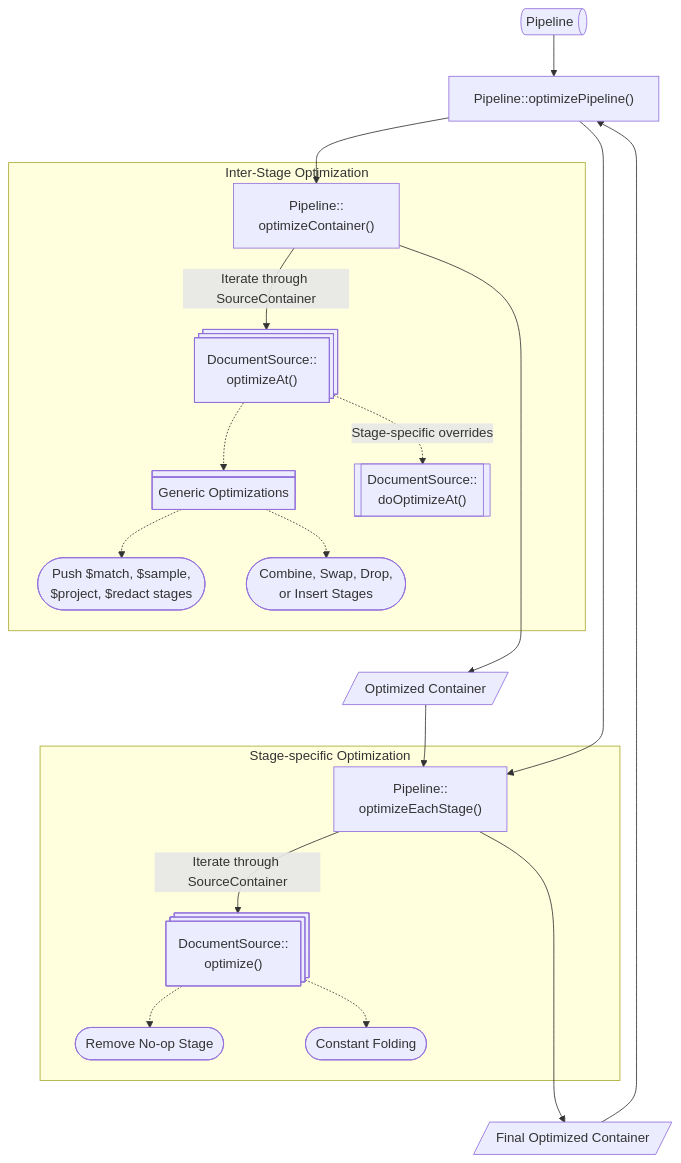
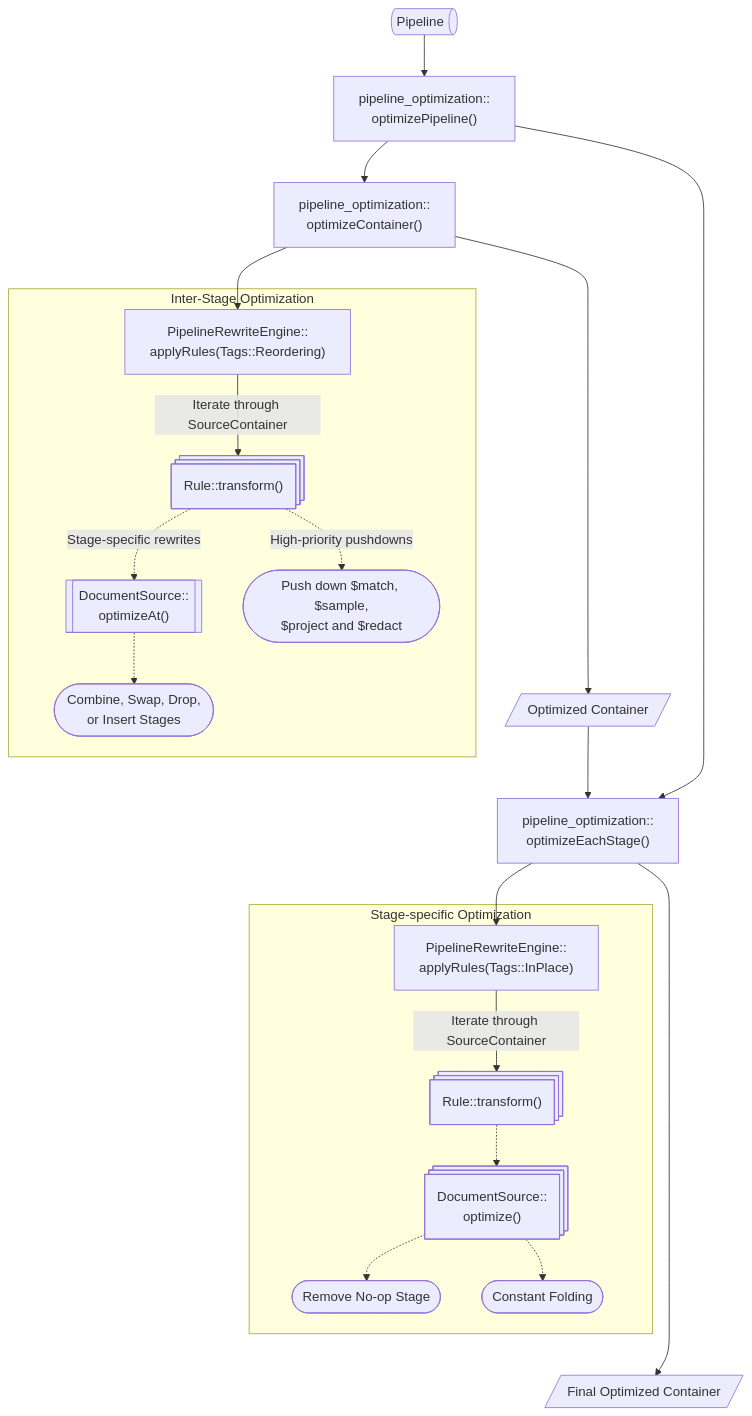
Before and after one commit to codacy-open-source-projects-scans/mongodb: the diagram in src/mongo/db/pipeline/README.md, drawn with Mermaid. The commit also changed other lines of this file and 2955 other files, not shown here.

````diff
--- a/src/mongo/db/pipeline/README.md
+++ b/src/mongo/db/pipeline/README.md
@@ -173,48 +173,51 @@
 ```mermaid
 graph TD
     %% Definitions
     B@{shape: das, label: Pipeline}
-    C["Pipeline::optimizePipeline()"]
-    E["Pipeline::<br>optimizeContainer()"]
-    G@{shape: processes, label: "DocumentSource::<br>optimizeAt()"}
-    H@{ shape: div-rect, label: Generic Optimizations}
-    I([Push $match, $sample,<br>$project, $redact stages])
+    C["pipeline_optimization::<br>optimizePipeline()"]
+    E["pipeline_optimization::<br>optimizeContainer()"]
+    RBRReordering["PipelineRewriteEngine::<br>applyRules(Tags::Reordering)"]
+    RBRInPlace["PipelineRewriteEngine::<br>applyRules(Tags::InPlace)"]
+    G@{shape: processes, label: "Rule::transform()"}
+    I([Push down $match, $sample,<br>$project and $redact])
     J([Combine, Swap, Drop,<br>or Insert Stages])
-    L@{shape: subproc, label: "DocumentSource::<br>doOptimizeAt()"}
+    L@{shape: subproc, label: "DocumentSource::<br>optimizeAt()"}
     M@{shape: lean-r, label: Optimized Container}
-    O["Pipeline::<br>optimizeEachStage()"]
+    O["pipeline_optimization::<br>optimizeEachStage()"]
     P@{shape: processes, label: "DocumentSource::<br>optimize()"}
     Q([Remove No-op Stage])
     R([Constant Folding])
     U@{shape: lean-r, label: Final Optimized Container}
+    W@{shape: processes, label: "Rule::transform()"}
 
     %% Workflow
     B --> C
     C --> E
+    E --> RBRReordering
 
     subgraph Inter_Stage_Optimization [Inter-Stage Optimization]
-        E -->|Iterate through SourceContainer| G
-        G -.-> H
-        H -.-> I
-        H -.-> J
+        RBRReordering -->|Iterate through SourceContainer| G
+        G -.->|High-priority pushdowns| I
 
-        G -.->|Stage-specific overrides| L
+        G -.->|Stage-specific rewrites| L
+        L -.-> J
     end
 
     E --> M
-    C--> O
+    C --> O
+    O --> RBRInPlace
     M --> O
 
     subgraph Stage_Specific_Optimization [Stage-specific Optimization]
-        O -->|Iterate through SourceContainer| P
+        RBRInPlace -->|Iterate through SourceContainer| W
+        W -.-> P
         P -.-> Q
 
         P -.-> R
     end
     O --> U
-    U --> C
 
     I ~~~ O
     I ~~~ M
     R ~~~ U
 ```
````
